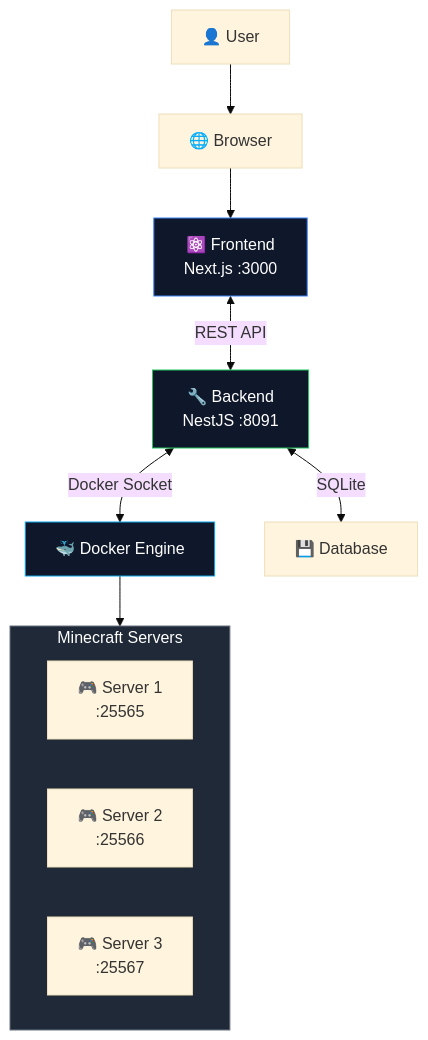
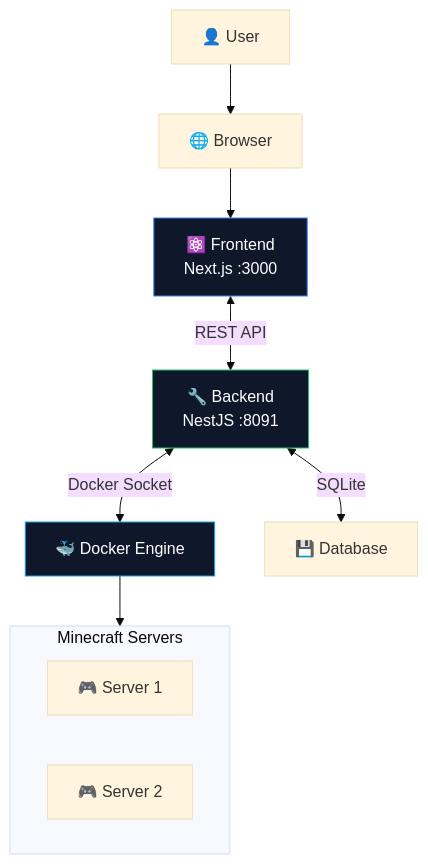
Before and after one commit to Ketbome/minepanel: the first of 3 diagrams in doc/architecture.md, drawn with Mermaid (base theme). The commit also changed other lines of this file and 10 other files, not shown here.

````diff
--- a/doc/architecture.md
+++ b/doc/architecture.md
@@ -21,21 +10,19 @@
 ```mermaid
 flowchart TB
     User["👤 User"] --> Browser["🌐 Browser"]
     Browser --> Frontend["⚛️ Frontend<br/>Next.js :3000"]
     Frontend <-->|REST API| Backend["🔧 Backend<br/>NestJS :8091"]
     Backend <-->|Docker Socket| Docker["🐳 Docker Engine"]
+    Backend <-->|SQLite| DB["💾 Database"]
 
-    subgraph containers["Minecraft Servers"]
-        MC1["🎮 Server 1<br/>:25565"]
-        MC2["🎮 Server 2<br/>:25566"]
-        MC3["🎮 Server 3<br/>:25567"]
+    subgraph servers["Minecraft Servers"]
+        MC1["🎮 Server 1"]
+        MC2["🎮 Server 2"]
     end
 
-    Docker --> containers
-    Backend <-->|SQLite| DB["💾 Database"]
+    Docker --> servers
 
     style Frontend fill:#0f172a,stroke:#3b82f6,color:#fff
     style Backend fill:#0f172a,stroke:#22c55e,color:#fff
     style Docker fill:#0f172a,stroke:#0ea5e9,color:#fff
-    style containers fill:#1f2937,stroke:#6b7280,color:#fff
 ```
````
